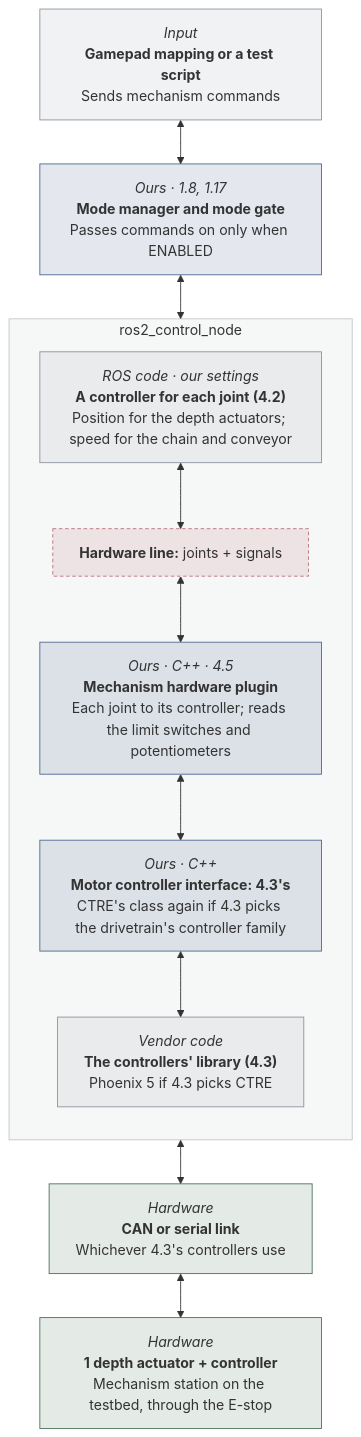
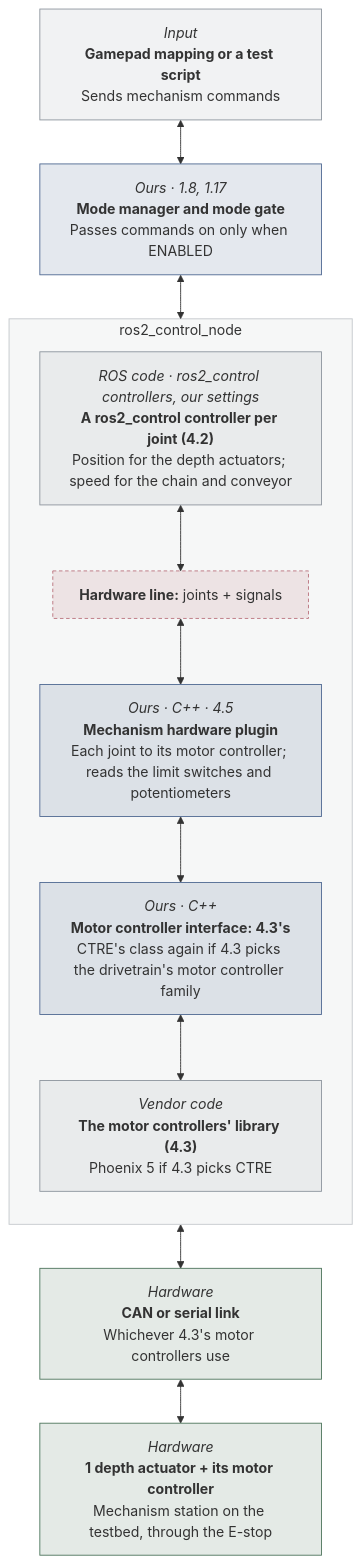
Before and after one commit to STAR-Robotics-Team/starrt-luna-software: the eighth of 30 diagrams in docs/design/hardware-test-modes.md, drawn with Mermaid. The commit also changed other lines of this file and 4 other files, not shown here.

First line of the commit message:
Say which controller, and tell stubs from fake motor controllers apart

````diff
--- a/docs/design/hardware-test-modes.md
+++ b/docs/design/hardware-test-modes.md
@@ -460,55 +467,55 @@
 ```mermaid
 ---
 config:
   flowchart:
     wrappingWidth: 260
 ---
 flowchart TB
   b1["`*Input*
 **Gamepad mapping or a test script**
 Sends mechanism commands`"]
   b2["`*Ours · 1.8, 1.17*
 **Mode manager and mode gate**
 Passes commands on only when ENABLED`"]
   subgraph grp4["ros2_control_node"]
     direction TB
-    b3["`*ROS code · our settings*
-**A controller for each joint (4.2)**
+    b3["`*ROS code · ros2_control controllers, our settings*
+**A ros2_control controller per joint (4.2)**
 Position for the depth actuators; speed for the chain and conveyor`"]
     line5["`**Hardware line:** joints + signals`"]
     b6["`*Ours · C++ · 4.5*
 **Mechanism hardware plugin**
-Each joint to its controller; reads the limit switches and potentiometers`"]
+Each joint to its motor controller; reads the limit switches and potentiometers`"]
     b7["`*Ours · C++*
 **Motor controller interface: 4.3's**
-CTRE's class again if 4.3 picks the drivetrain's controller family`"]
+CTRE's class again if 4.3 picks the drivetrain's motor controller family`"]
     b8["`*Vendor code*
-**The controllers' library (4.3)**
+**The motor controllers' library (4.3)**
 Phoenix 5 if 4.3 picks CTRE`"]
     b3 <--> line5
     line5 <--> b6
     b6 <--> b7
     b7 <--> b8
   end
   b9["`*Hardware*
 **CAN or serial link**
-Whichever 4.3's controllers use`"]
+Whichever 4.3's motor controllers use`"]
   b10["`*Hardware*
-**1 depth actuator + controller**
+**1 depth actuator + its motor controller**
 Mechanism station on the testbed, through the E-stop`"]
   b1 <--> b2
   b2 <--> grp4
   grp4 <--> b9
   b9 <--> b10
   classDef ours fill:#4c669026,stroke:#4c6690
   classDef ros fill:#8b939c1f,stroke:#8b939c
   classDef stand fill:#b0844526,stroke:#b08445
   classDef hw fill:#4a725926,stroke:#4a7259
   classDef hwline fill:#b9707c26,stroke:#b9707c,stroke-dasharray:4 3
   classDef ghost fill:none,stroke:#8b939c,stroke-dasharray:4 4,color:#8b939c
   class b1,b3,b8 ros
   class b2,b6,b7 ours
   class line5 hwline
   class b9,b10 hw
   style grp4 fill:#8b939c14,stroke:#8b939c80
 ```
````
